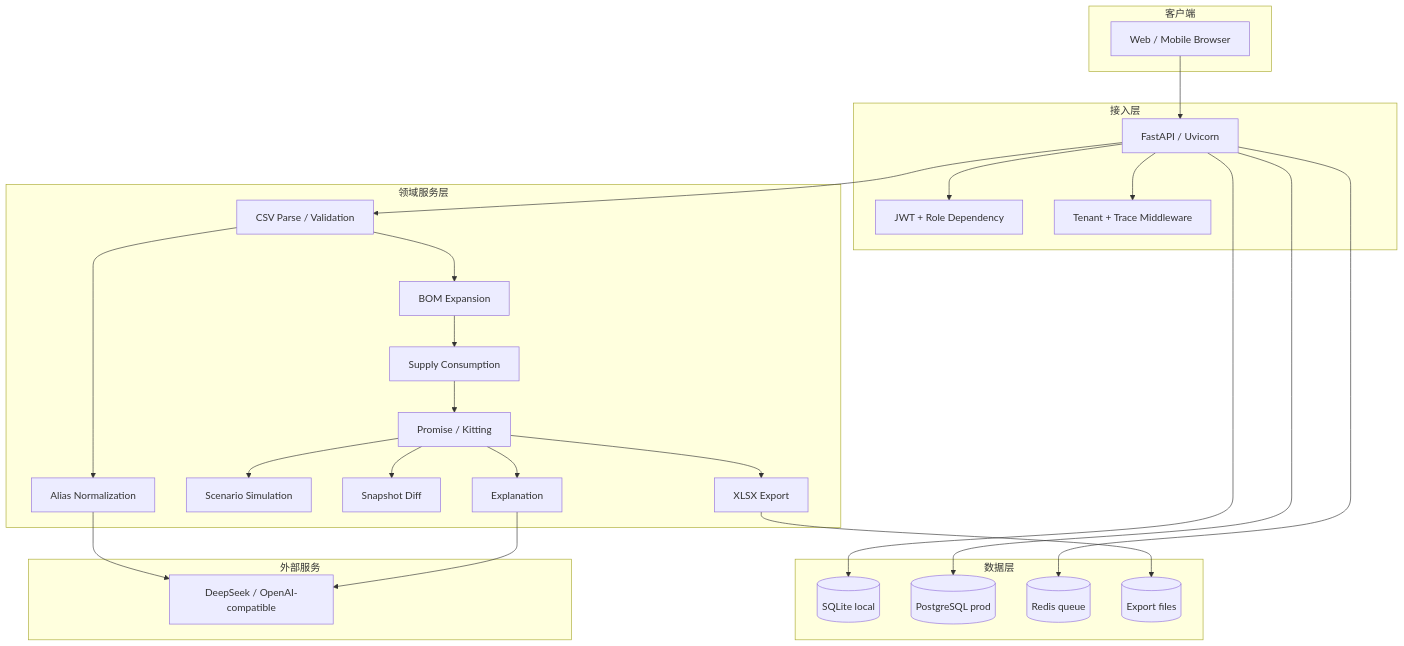
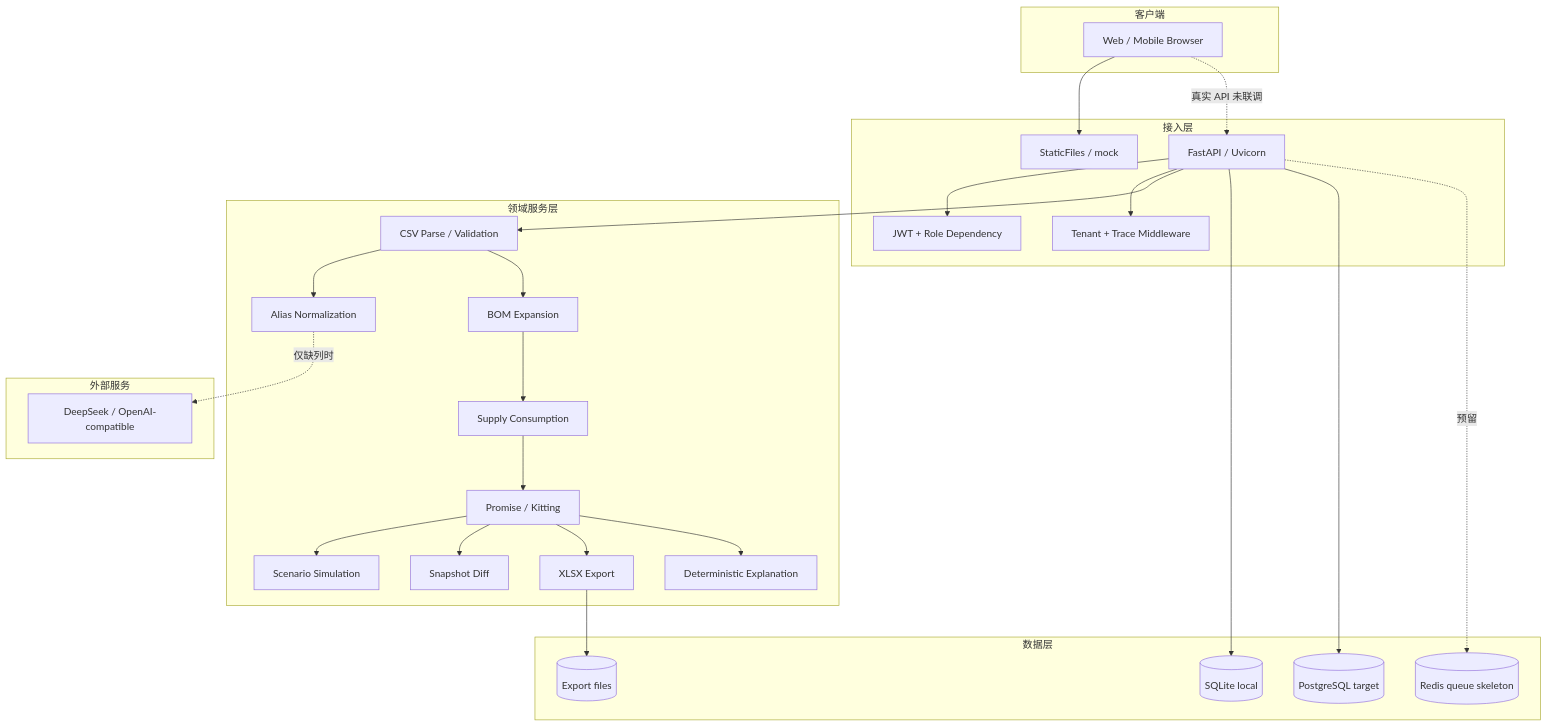
The first of 3 diagrams in docs/ARCHITECTURE.md (Xxxnickname/delivery-promise-system), drawn with Mermaid before and after one commit. The commit also changed other lines of this file and 14 other files, not shown here.

````diff
--- a/docs/ARCHITECTURE.md
+++ b/docs/ARCHITECTURE.md
@@ -16,54 +33,55 @@
 ```mermaid
 flowchart TB
-    subgraph Clients[客户端]
+    subgraph Client[客户端]
         Browser[Web / Mobile Browser]
     end
 
     subgraph Edge[接入层]
         App[FastAPI / Uvicorn]
         Auth[JWT + Role Dependency]
         Trace[Tenant + Trace Middleware]
+        Static[StaticFiles / mock]
     end
 
     subgraph Domain[领域服务层]
         Parse[CSV Parse / Validation]
         Alias[Alias Normalization]
         Bom[BOM Expansion]
         Supply[Supply Consumption]
         Promise[Promise / Kitting]
         Simulate[Scenario Simulation]
         Snapshot[Snapshot Diff]
         Export[XLSX Export]
-        Explain[Explanation]
+        Explain[Deterministic Explanation]
     end
 
     subgraph Data[数据层]
         SQLite[(SQLite local)]
-        Postgres[(PostgreSQL prod)]
-        Redis[(Redis queue)]
+        Postgres[(PostgreSQL target)]
+        Redis[(Redis queue skeleton)]
         Files[(Export files)]
     end
 
     subgraph External[外部服务]
         DeepSeek[DeepSeek / OpenAI-compatible]
     end
 
-    Browser --> App
+    Browser --> Static
+    Browser -. 真实 API 未联调 .-> App
     App --> Auth
     App --> Trace
     App --> Parse
     Parse --> Alias
     Parse --> Bom
     Bom --> Supply
     Supply --> Promise
     Promise --> Simulate
     Promise --> Snapshot
     Promise --> Export
     Promise --> Explain
     App --> SQLite
     App --> Postgres
-    App --> Redis
+    App -. 预留 .-> Redis
     Export --> Files
-    Alias --> DeepSeek
-    Explain --> DeepSeek
+    Alias -. 仅缺列时 .-> DeepSeek
 ```
````
